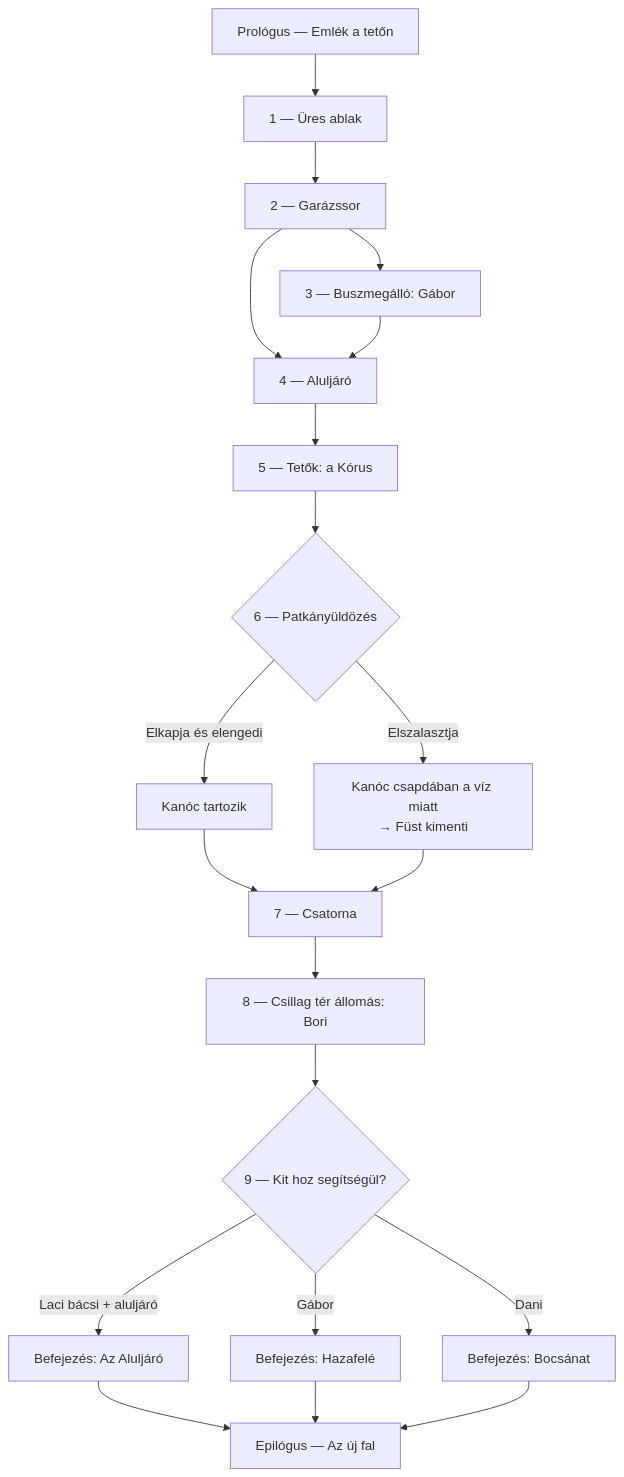
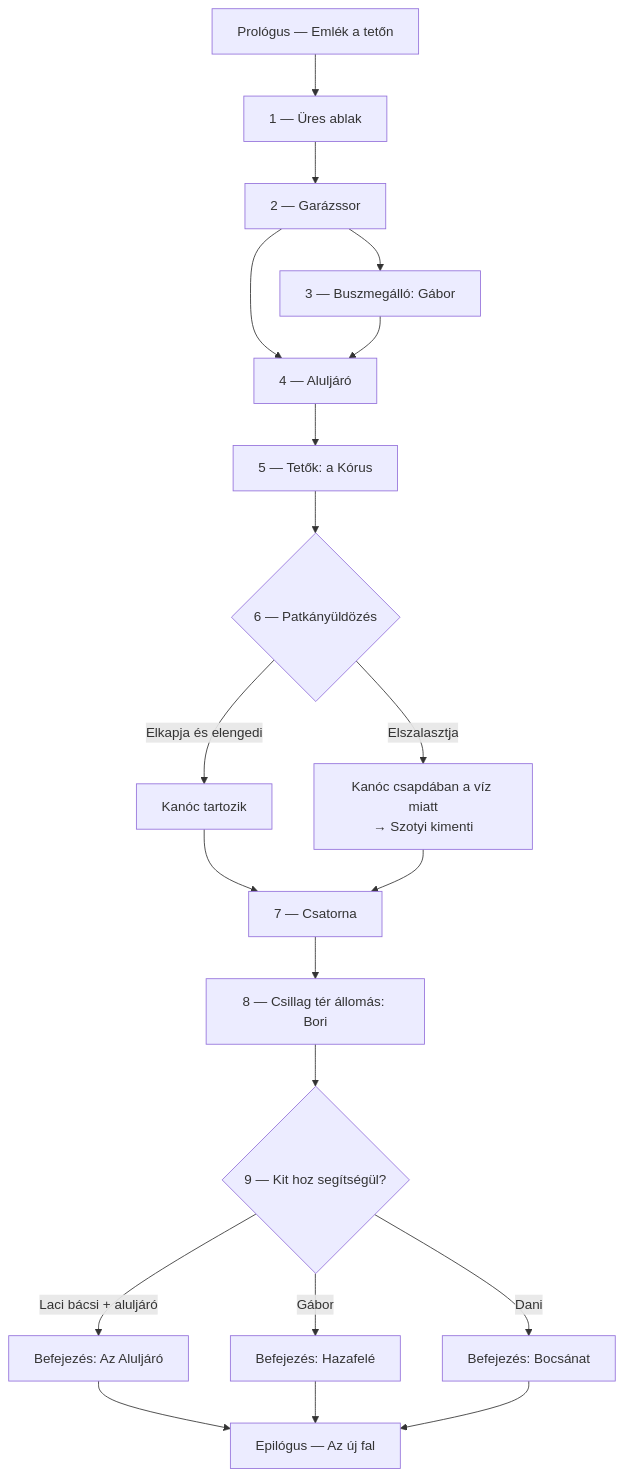
Before and after one commit to k0-ba/veronicat: the second of 2 diagrams in docs/worldbuilding/NARRATIVA.md, drawn with Mermaid. The commit also changed other lines of this file and 15 other files, not shown here.

First line of the commit message:
Rename the cat from Füst to Szotyi

````diff
--- a/docs/worldbuilding/NARRATIVA.md
+++ b/docs/worldbuilding/NARRATIVA.md
@@ -45,22 +45,22 @@
 ```mermaid
 graph TD
     P[Prológus — Emlék a tetőn] --> F1[1 — Üres ablak]
     F1 --> F2[2 — Garázssor]
     F2 --> F3[3 — Buszmegálló: Gábor]
     F2 --> F4[4 — Aluljáró]
     F3 --> F4
     F4 --> F5[5 — Tetők: a Kórus]
     F5 --> F6{6 — Patkányüldözés}
     F6 -->|Elkapja és elengedi| F7a[Kanóc tartozik]
-    F6 -->|Elszalasztja| F7b[Kanóc csapdában a víz miatt<br/>→ Füst kimenti]
+    F6 -->|Elszalasztja| F7b[Kanóc csapdában a víz miatt<br/>→ Szotyi kimenti]
     F7a --> F7[7 — Csatorna]
     F7b --> F7
     F7 --> F8[8 — Csillag tér állomás: Bori]
     F8 --> F9{9 — Kit hoz segítségül?}
     F9 -->|Laci bácsi + aluljáró| E1[Befejezés: Az Aluljáró]
     F9 -->|Gábor| E2[Befejezés: Hazafelé]
     F9 -->|Dani| E3[Befejezés: Bocsánat]
     E1 --> Ep[Epilógus — Az új fal]
     E2 --> Ep
     E3 --> Ep
 ```
````
